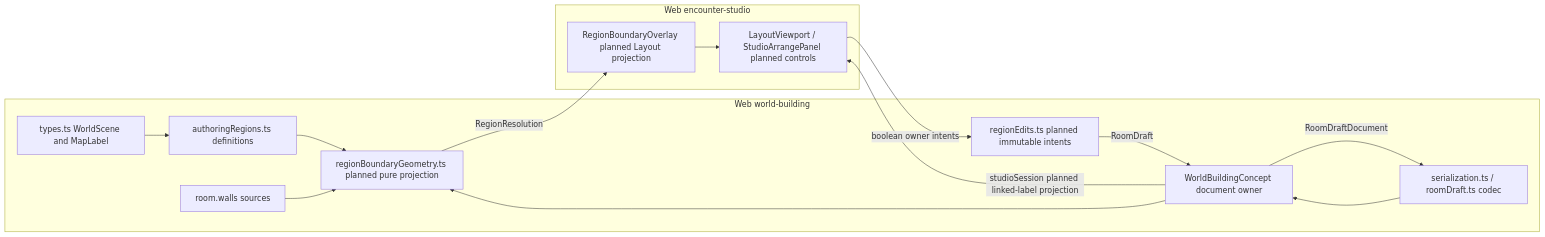
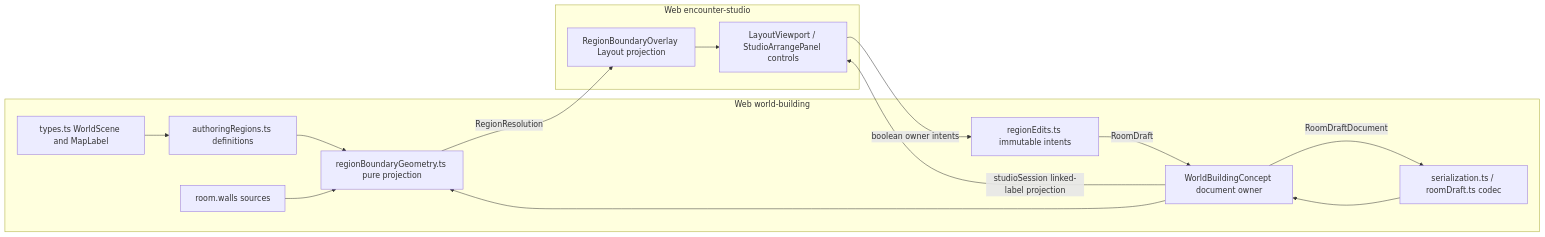
One commit to KirkDiggler/rpg-dnd5e-web changed the diagram in docs/architecture/components/encounter-studio-regions/README.md. Above: the diagram before and after it, drawn with Mermaid. The commit also changed other lines of this file and 16 other files, not shown here.

First line of the commit message:
feat(studio): expose room boundaries and explicit area repair in Layout

````diff
--- a/docs/architecture/components/encounter-studio-regions/README.md
+++ b/docs/architecture/components/encounter-studio-regions/README.md
@@ -15,18 +14,18 @@
 ```mermaid
 flowchart LR
   subgraph WB[Web world-building]
     T[types.ts WorldScene and MapLabel] --> A[authoringRegions.ts definitions]
     C[serialization.ts / roomDraft.ts codec] --> O[WorldBuildingConcept document owner]
-    A --> G[regionBoundaryGeometry.ts planned pure projection]
+    A --> G[regionBoundaryGeometry.ts pure projection]
     W[room.walls sources] --> G
     O --> G
-    E[regionEdits.ts planned immutable intents] -->|RoomDraft| O
+    E[regionEdits.ts immutable intents] -->|RoomDraft| O
     O -->|RoomDraftDocument| C
   end
   subgraph Studio[Web encounter-studio]
-    G -->|RegionResolution| V[RegionBoundaryOverlay planned Layout projection]
-    O -->|studioSession planned linked-label projection| U[LayoutViewport / StudioArrangePanel planned controls]
+    G -->|RegionResolution| V[RegionBoundaryOverlay Layout projection]
+    O -->|studioSession linked-label projection| U[LayoutViewport / StudioArrangePanel controls]
     U -->|boolean owner intents| E
     V --> U
   end
 ```
````
